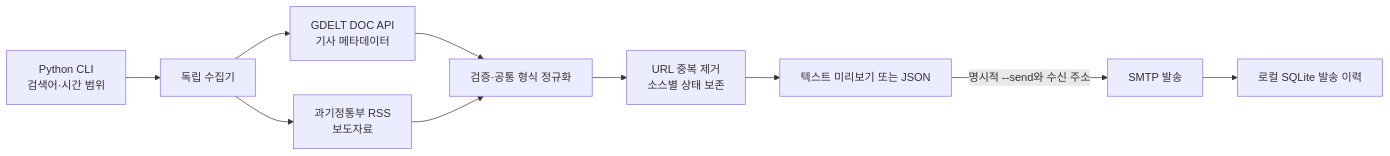
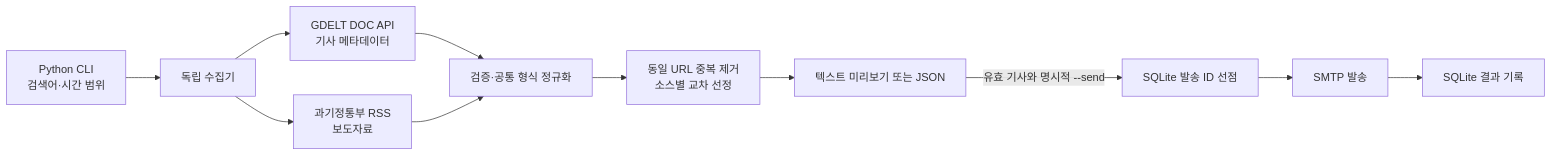
Before and after one commit to nuguri12/semiconductor-industry-briefing: the diagram in README.md, drawn with Mermaid. The commit also changed other lines of this file and 14 other files, not shown here.

````diff
--- a/README.md
+++ b/README.md
@@ -11,12 +11,13 @@
 ```mermaid
 flowchart LR
   CLI[Python CLI<br/>검색어·시간 범위] --> COL[독립 수집기]
   COL --> G[GDELT DOC API<br/>기사 메타데이터]
   COL --> M[과기정통부 RSS<br/>보도자료]
   G --> N[검증·공통 형식 정규화]
   M --> N
-  N --> D[URL 중복 제거<br/>소스별 상태 보존]
+  N --> D[동일 URL 중복 제거<br/>소스별 교차 선정]
   D --> O[텍스트 미리보기 또는 JSON]
-  O -->|명시적 --send와 수신 주소| SMTP[SMTP 발송]
-  SMTP --> L[로컬 SQLite 발송 이력]
+  O -->|유효 기사와 명시적 --send| L[SQLite 발송 ID 선점]
+  L --> SMTP[SMTP 발송]
+  SMTP --> R[SQLite 결과 기록]
 ```
````
